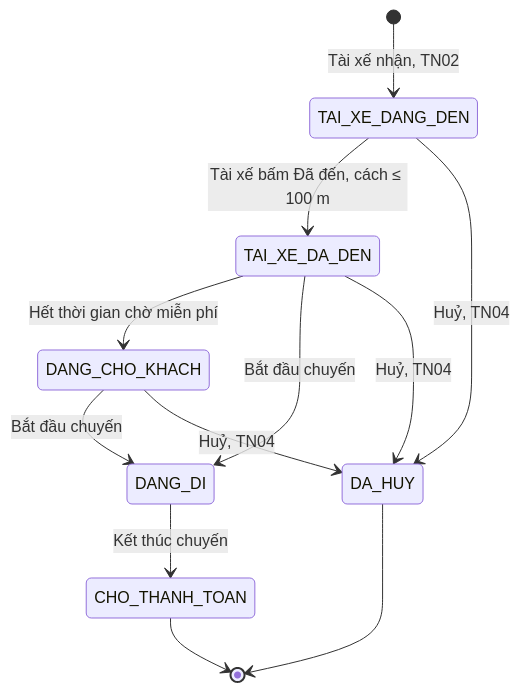
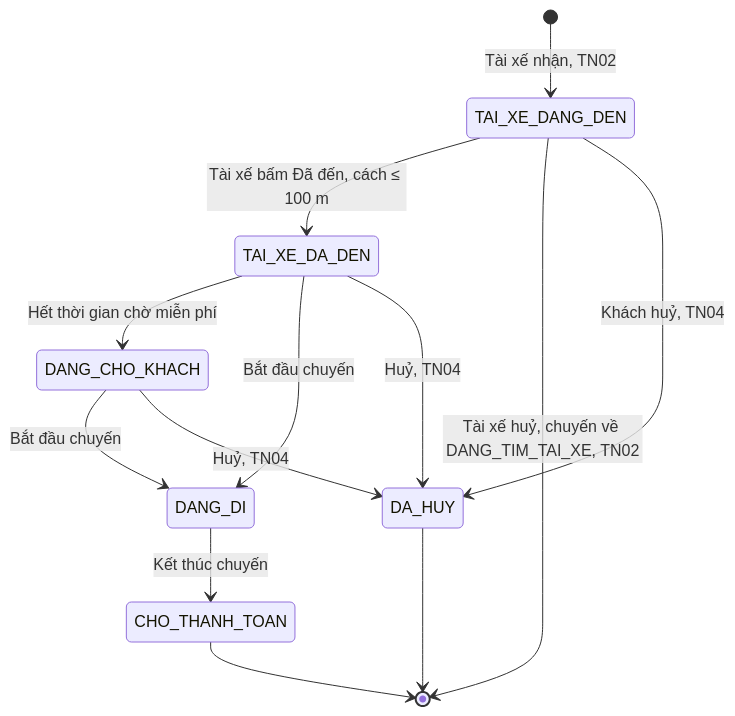
The first of 6 diagrams in docs/TN03-theo-doi-chuyen-an-toan/SRS.md (uxfoundation-vn/de04-dat-xe-cong-nghe), drawn with Mermaid before and after one commit. The commit also changed other lines of this file and 3 other files, not shown here.

````diff
--- a/docs/TN03-theo-doi-chuyen-an-toan/SRS.md
+++ b/docs/TN03-theo-doi-chuyen-an-toan/SRS.md
@@ -49,14 +49,15 @@
 ```mermaid
 stateDiagram-v2
   [*] --> TAI_XE_DANG_DEN : Tài xế nhận, TN02
   TAI_XE_DANG_DEN --> TAI_XE_DA_DEN : Tài xế bấm Đã đến, cách ≤ 100 m
   TAI_XE_DA_DEN --> DANG_CHO_KHACH : Hết thời gian chờ miễn phí
   TAI_XE_DA_DEN --> DANG_DI : Bắt đầu chuyến
   DANG_CHO_KHACH --> DANG_DI : Bắt đầu chuyến
   DANG_DI --> CHO_THANH_TOAN : Kết thúc chuyến
-  TAI_XE_DANG_DEN --> DA_HUY : Huỷ, TN04
+  TAI_XE_DANG_DEN --> [*] : Tài xế huỷ, chuyến về DANG_TIM_TAI_XE, TN02
+  TAI_XE_DANG_DEN --> DA_HUY : Khách huỷ, TN04
   TAI_XE_DA_DEN --> DA_HUY : Huỷ, TN04
   DANG_CHO_KHACH --> DA_HUY : Huỷ, TN04
   CHO_THANH_TOAN --> [*]
   DA_HUY --> [*]
 ```
````
